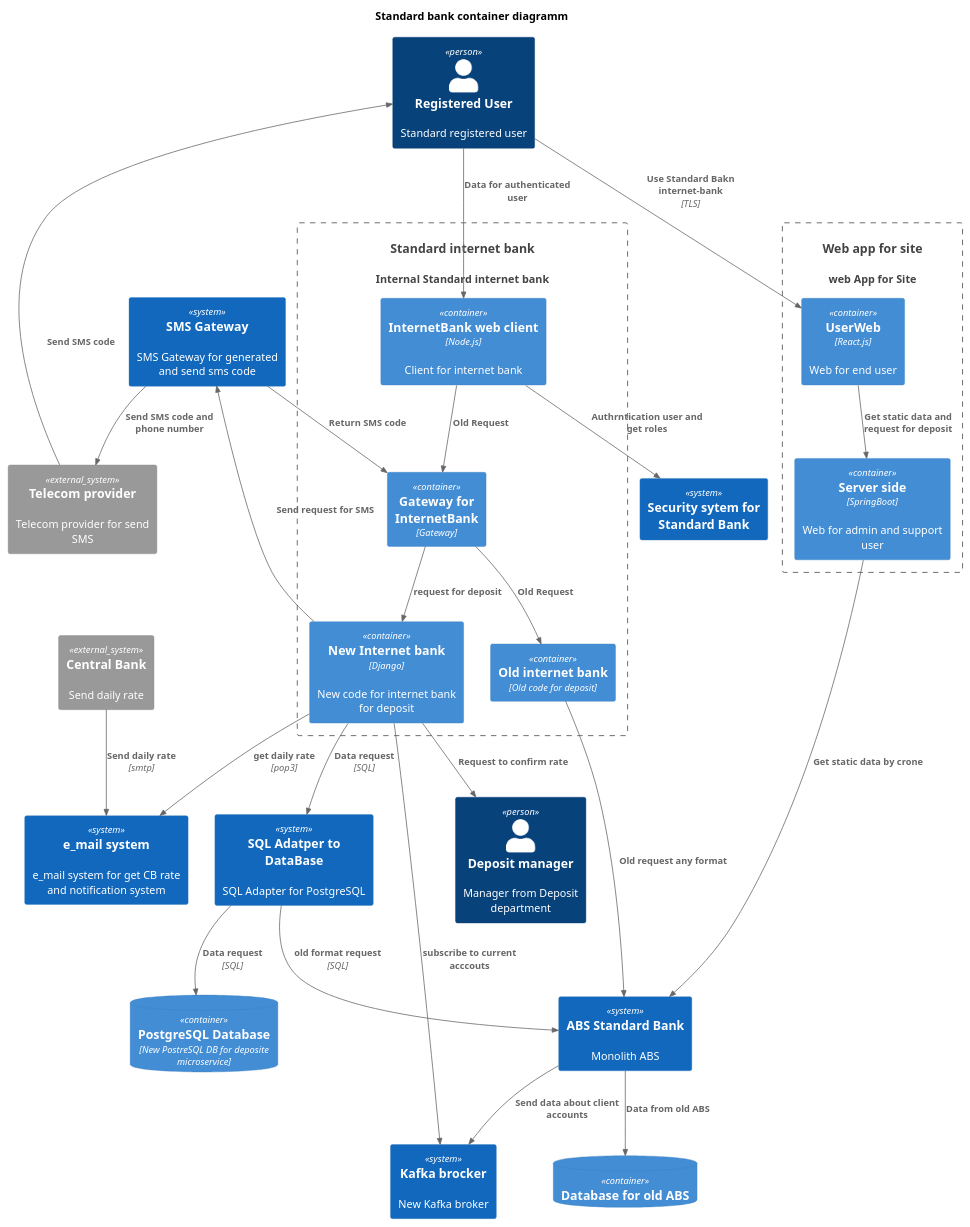
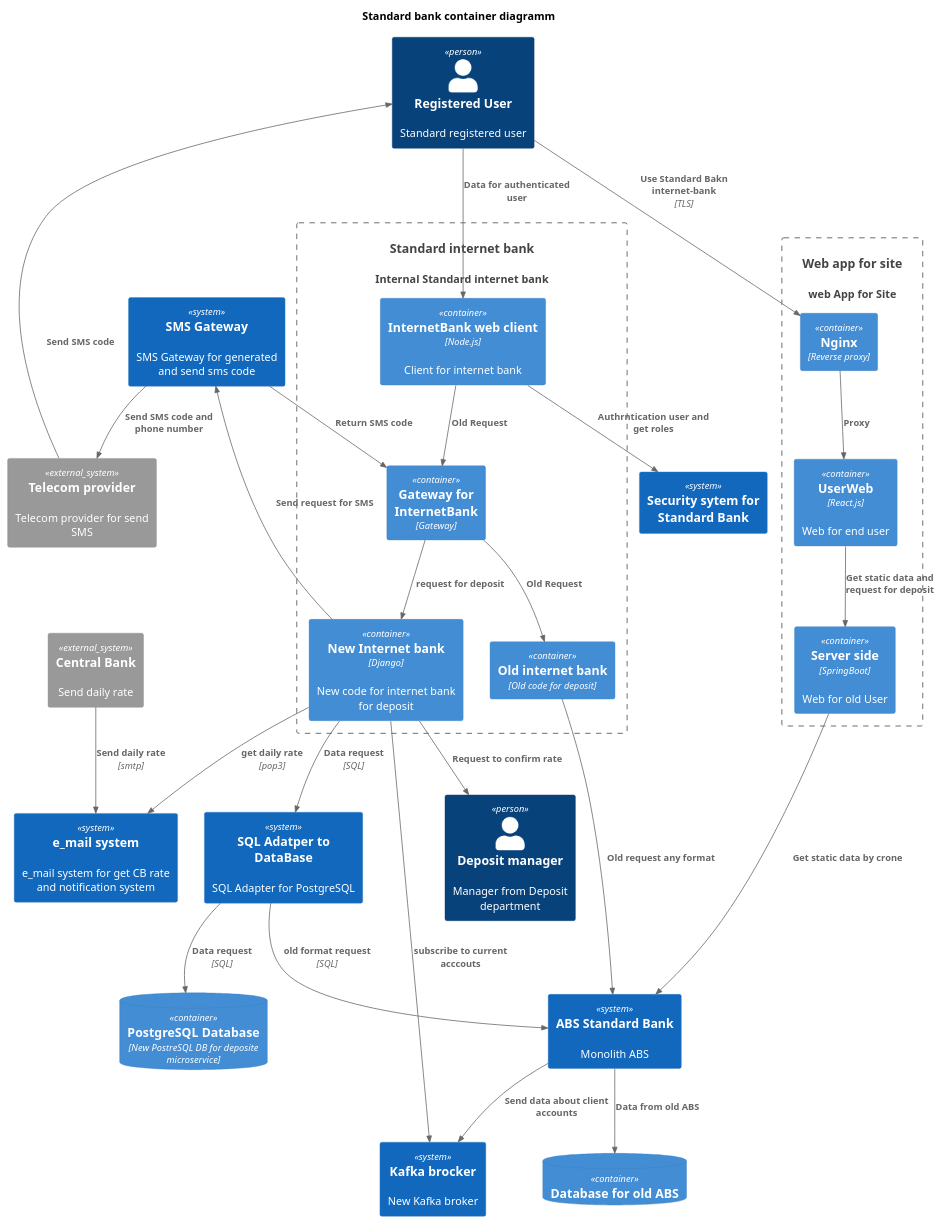
One commit to AlexanderTikhonovB/architecture-standart changed the diagram in Diagrams/Container/standard_container.puml. Above: the diagram before and after it, drawn with PlantUML. The commit also changed 1 other file, not shown here.

```diff
--- a/Diagrams/Container/standard_container.puml
+++ b/Diagrams/Container/standard_container.puml
@@ -1,92 +1,94 @@
 @startuml
 title Standard bank container diagramm
 
 top to bottom direction
 
 !include ../C4/C4_Container.puml
 
 'users
 Person(User, "Registered User", "Standard registered user")
 Person(DepositManager,"Deposit manager", "Manager from Deposit department")
 
 'system external
 System_Ext(CB,"Central Bank","Send daily rate")
 System_Ext(Telecom, "Telecom provider", "Telecom provider for send SMS")
 
 ' System
 System(SMSGateway, "SMS Gateway", "SMS Gateway for generated and send sms code")
 System(E_mailGateway, "e_mail system","e_mail system for get CB rate and notification system")
 System(ABS,"ABS Standard Bank","Monolith ABS")
 
 System(Security,"Security sytem for Standard Bank")
 
 ContainerDb(PostgreSQL,"PostgreSQL Database", "New PostreSQL DB for deposite microservice")
 ContainerDb(Oracle,"Database for old ABS")
 System(Kafka,"Kafka brocker","New Kafka broker")
 System(WebApp,"Web app for site","web App for Site")
 System(InternetBank,"Standard internet bank", "Internal Standard internet bank")
 System(SQLAdapter,"SQL Adatper to DataBase", "SQL Adapter for PostgreSQL")
 
 
 System_Boundary(WebApp, "Web App") {
 'UI
     Container(UserWebApp, "UserWeb", "React.js", "Web for end user")
+    Container(Nginx, "Nginx","Reverse proxy")
 'API
-    Container(ServerSide,"Server side","SpringBoot","Web for admin and support user")
+    Container(ServerSide,"Server side","SpringBoot","Web for old User")
 'connect internal
+    Rel(Nginx,UserWebApp,"Proxy")
     Rel(UserWebApp, ServerSide, "Get static data and request for deposit")
 'connect external
 
 }
 
 System_Boundary(InternetBank, "Web App") {
     'Container(Deposit,"Deposit microservice","New deposit microservice")
     Container(NewInternetBank,"New Internet bank","Django","New code for internet bank for deposit")
     Container(WebForInternetBank,"InternetBank web client","Node.js","Client for internet bank")
     Container(OldInternetBank,"Old internet bank","Old code for deposit")
     Container(InternetBankGateway,"Gateway for InternetBank","Gateway")
 
     Rel(NewInternetBank,SQLAdapter, "Data request", "SQL")
     Rel(InternetBankGateway,NewInternetBank,"request for deposit")
     Rel(InternetBankGateway,OldInternetBank,"Old Request")
     Rel(WebForInternetBank,InternetBankGateway,"Old Request")
 }
 
 'UI
-Rel(User, UserWebApp,"Use Standard Bakn internet-bank", TLS)
+Rel(User, Nginx,"Use Standard Bakn internet-bank", TLS)
 
 
  'Rel(ABS,E_mailGateway,"Get daily rate",pop3)
 Rel(CB,E_mailGateway,"Send daily rate", "smtp")
 
 Rel(User,WebForInternetBank,"Data for authenticated user")
 
 Rel(NewInternetBank, SMSGateway,"Send request for SMS")
 
 Rel(SMSGateway,Telecom,"Send SMS code and phone number")
 
 Rel_U(Telecom,User,"Send SMS code")
 
 Rel(NewInternetBank,E_mailGateway,"get daily rate","pop3")
 
 Rel(SMSGateway, InternetBankGateway, "Return SMS code")
 
 Rel(OldInternetBank, ABS,"Old request any format")
 Rel(SQLAdapter, PostgreSQL,"Data request", "SQL")
 
 
 Rel(SQLAdapter,ABS,"old format request","SQL")
 
 Rel(ABS,Oracle,"Data from old ABS")
 
 Rel(ServerSide,ABS,"Get static data by crone")
 
 Rel(NewInternetBank,DepositManager,"Request to confirm rate")
 
 Rel(ABS,Kafka,"Send data about client accounts")
 Rel(NewInternetBank,Kafka,"subscribe to current acccouts")
 
 'Rel_R(ServerSide,Security,"Authrntication user and get roles")
 Rel(WebForInternetBank,Security,"Authrntication user and get roles")
 
 @enduml
```
